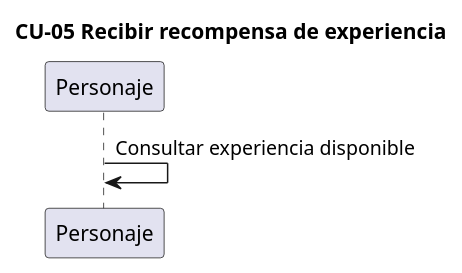
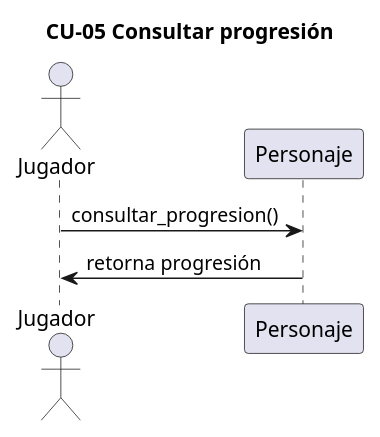
Before and after one commit to stephannynayleth01-coder/analisis-final-g4: the diagram in salida/diagramas/04_secuencia_CU-05.puml, drawn with PlantUML. The commit also changed 18 other files, not shown here.

```diff
--- a/salida/diagramas/04_secuencia_CU-05.puml
+++ b/salida/diagramas/04_secuencia_CU-05.puml
@@ -1,7 +1,9 @@
 @startuml
 ' Generado por spec2code. Es una PROPUESTA del pipeline: audítala contra la spec.
-title CU-05 Recibir recompensa de experiencia
-participant "Personaje" as P1
+title CU-05 Consultar progresión
+actor "Jugador" as P1
+participant "Personaje" as P2
 
-P1 -> P1 : Consultar experiencia disponible
+P1 -> P2 : consultar_progresion()
+P2 -> P1 : retorna progresión
 @enduml
```
